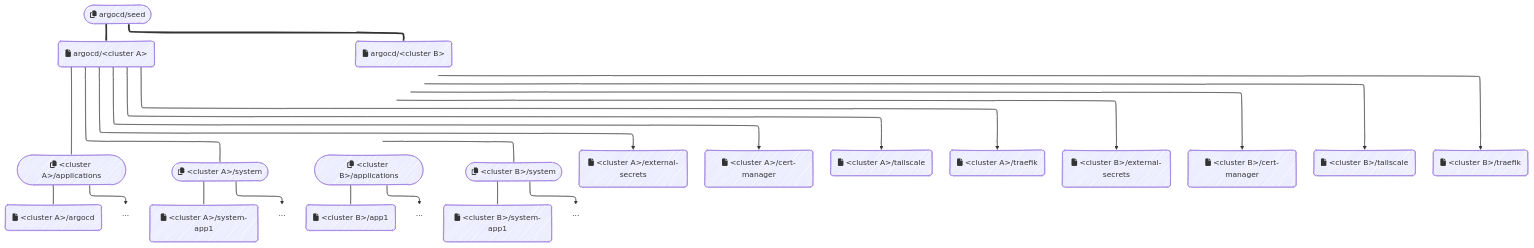
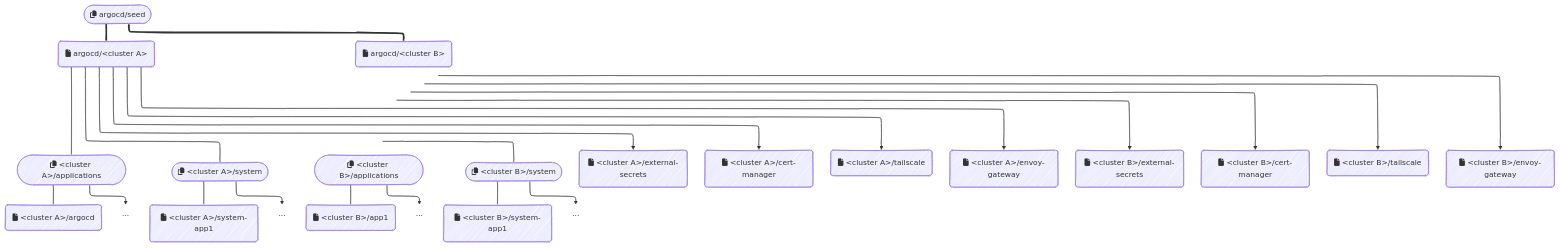
Before and after one commit to chezmoidotsh/arcane: the diagram in projects/amiya.akn/src/apps/*argocd/README.md, drawn with Mermaid. The commit also changed other lines of this file and 1 other file, not shown here.

Commit message:
:memo:(project:amiya.akn): Remove last reference of Traefik in documentation

````diff
--- a/projects/amiya.akn/src/apps/*argocd/README.md
+++ b/projects/amiya.akn/src/apps/*argocd/README.md
@@ -58,32 +58,32 @@
 ```mermaid
 ---
 config:
   look: handDrawn
   layout: elk
 ---
 flowchart TD
     AS0(["fa:fa-copy argocd/seed"]) === A1("fa:fa-file argocd/&lt;cluster A&gt;") & A2("fa:fa-file argocd/&lt;cluster B&gt;")
     A1 --- AS10(["fa:fa-copy &lt;cluster A&gt;/applications"]) & AS12["fa:fa-copy &lt;cluster A&gt;/system"]
     A2 --- AS20(["fa:fa-copy &lt;cluster B&gt;/applications"]) & AS22(["fa:fa-copy &lt;cluster B&gt;/system"])
     AS10 --- A101("fa:fa-file &lt;cluster A&gt;/argocd")
     AS10 --> A103["..."]
     AS12 --- S101("fa:fa-file &lt;cluster A&gt;/system-app1")
     AS12 --> S103["..."]
     AS20 --- A201("fa:fa-file &lt;cluster B&gt;/app1")
     AS20 --> A203["..."]
     AS22 --- S201("fa:fa-file &lt;cluster B&gt;/system-app1")
     AS22 --> S203["..."]
-    A1 --> R10("fa:fa-file &lt;cluster A&gt/external-secrets") & n1["fa:fa-file &lt;cluster A&gt;/cert-manager"] & n3["fa:fa-file &lt;cluster A&gt;/tailscale"] & n5["fa:fa-file &lt;cluster A&gt;/traefik"]
-    A2 --> R20("fa:fa-file &lt;cluster B&gt/external-secrets") & n2["fa:fa-file &lt;cluster B&gt;/cert-manager"] & n4["fa:fa-file &lt;cluster B&gt;/tailscale"] & n6["fa:fa-file &lt;cluster B&gt;/traefik"]
+    A1 --> R10("fa:fa-file &lt;cluster A&gt/external-secrets") & n1["fa:fa-file &lt;cluster A&gt;/cert-manager"] & n3["fa:fa-file &lt;cluster A&gt;/tailscale"] & n5["fa:fa-file &lt;cluster A&gt;/envoy-gateway"]
+    A2 --> R20("fa:fa-file &lt;cluster B&gt/external-secrets") & n2["fa:fa-file &lt;cluster B&gt;/cert-manager"] & n4["fa:fa-file &lt;cluster B&gt;/tailscale"] & n6["fa:fa-file &lt;cluster B&gt;/envoy-gateway"]
     AS12@{ shape: terminal}
     A103@{ shape: text}
     S103@{ shape: text}
     A203@{ shape: text}
     S203@{ shape: text}
     n1@{ shape: rounded}
     n3@{ shape: rounded}
     n5@{ shape: rounded}
     n2@{ shape: rounded}
     n4@{ shape: rounded}
     n6@{ shape: rounded}
 ```
````
